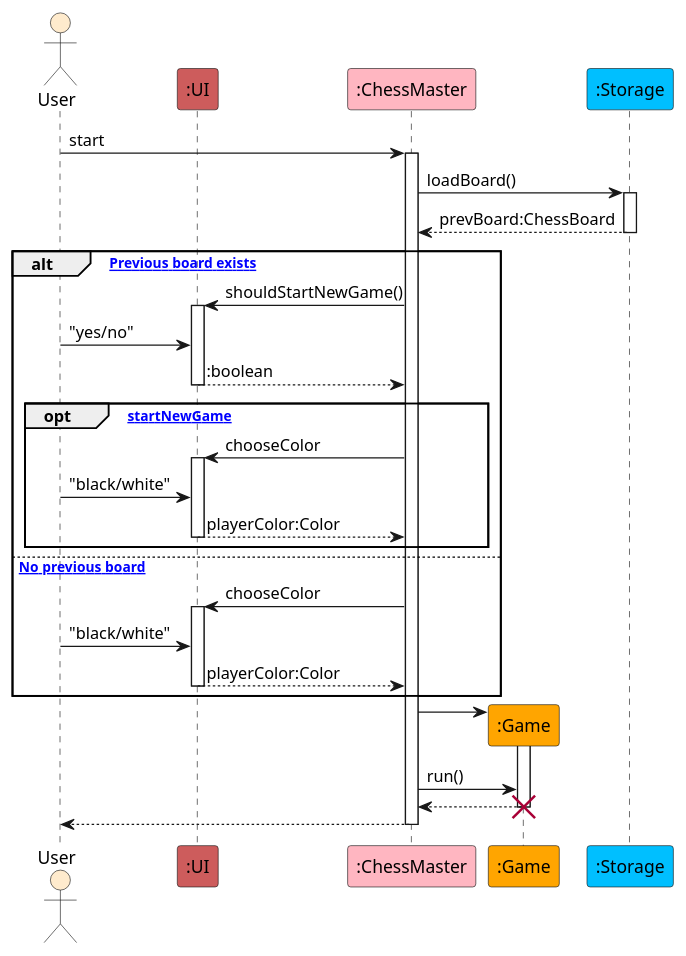
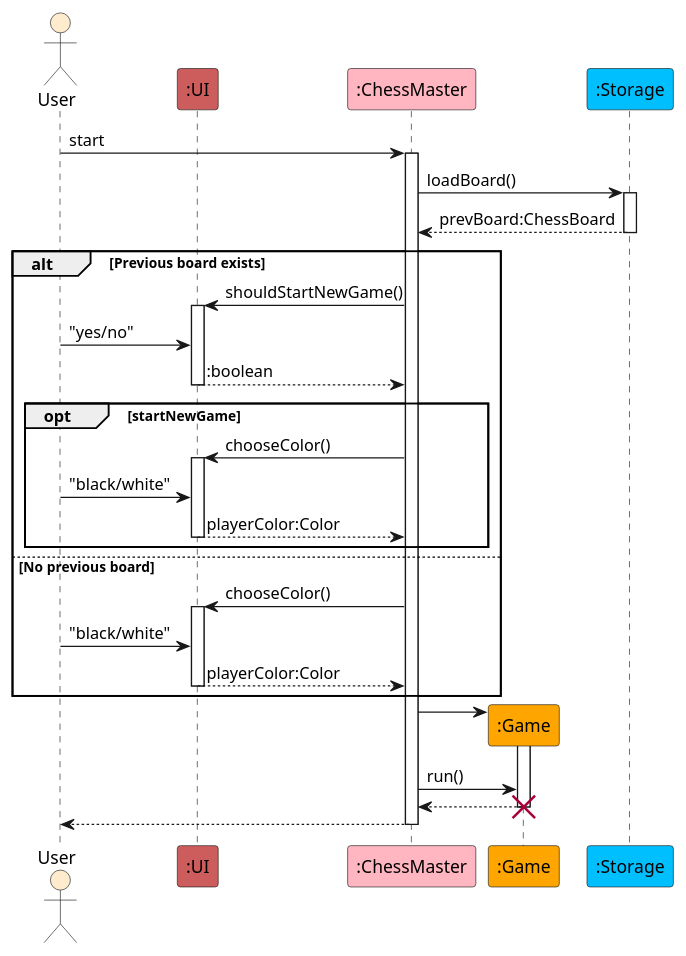
Before and after one commit to onx001/tp: the diagram in docs/diagrams/ChessMasterSequence.puml, drawn with PlantUML. The commit also changed 3 other files, not shown here.

Commit message:
Update sequence diagrams

```diff
--- a/docs/diagrams/ChessMasterSequence.puml
+++ b/docs/diagrams/ChessMasterSequence.puml
@@ -1,56 +1,56 @@
 @startuml ChessMasterSequence
 
 actor User as user #BlanchedAlmond
 participant ":UI" as ui #IndianRed
 participant ":ChessMaster" as chessMaster #LightPink
 participant ":Game" as game #Orange
 participant ":Storage" as storage #DeepSkyBlue
 
 user -> chessMaster : start
 activate chessMaster
 
 chessMaster -> storage : loadBoard()
 activate storage
 
 storage --> chessMaster : prevBoard:ChessBoard
 deactivate storage
 
-alt [. Previous board exists]
+alt Previous board exists
 
     chessMaster -> ui : shouldStartNewGame()
     activate ui
     user -> ui : "yes/no"
     ui --> chessMaster : :boolean
     deactivate ui
 
-    opt [startNewGame]
+    opt startNewGame
 
-        chessMaster -> ui : chooseColor
+        chessMaster -> ui : chooseColor()
         activate ui
         user -> ui : "black/white"
         ui --> chessMaster : playerColor:Color
         deactivate ui
 
     end
 
-else [. No previous board]
+else No previous board
 
-    chessMaster -> ui : chooseColor
+    chessMaster -> ui : chooseColor()
     activate ui
     user -> ui : "black/white"
     ui --> chessMaster : playerColor:Color
     deactivate ui
 
 end
 
 create game
 chessMaster -> game
 activate game
 chessMaster -> game : run()
 game --> chessMaster
 destroy game
 
 chessMaster --> user
 deactivate chessMaster
 
 @enduml
```
